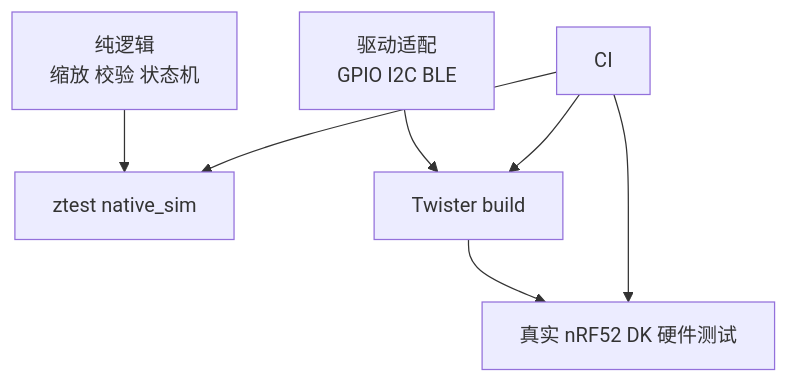
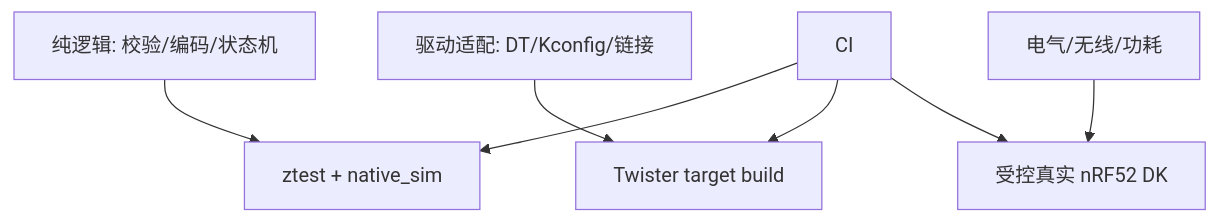
The first of 2 diagrams in docs/articles/zephyr/zephyr-26-testing-twister-ztest-engineering.md (cdragon-ljl/EEandEdgeAI), drawn with Mermaid before and after one commit. The commit also changed other lines of this file and 35 other files, not shown here.

````diff
--- a/docs/articles/zephyr/zephyr-26-testing-twister-ztest-engineering.md
+++ b/docs/articles/zephyr/zephyr-26-testing-twister-ztest-engineering.md
@@ -17,9 +25,9 @@
 ```mermaid
 flowchart TD
-    A[纯逻辑<br/>缩放 校验 状态机] --> B[ztest native_sim]
-    C[驱动适配<br/>GPIO I2C BLE] --> D[Twister build]
-    D --> E[真实 nRF52 DK 硬件测试]
-    F[CI] --> B
-    F --> D
-    F --> E
+    L[纯逻辑: 校验/编码/状态机] --> N[ztest + native_sim]
+    A[驱动适配: DT/Kconfig/链接] --> B[Twister target build]
+    H[电气/无线/功耗] --> R[受控真实 nRF52 DK]
+    C[CI] --> N
+    C --> B
+    C --> R
 ```
````
